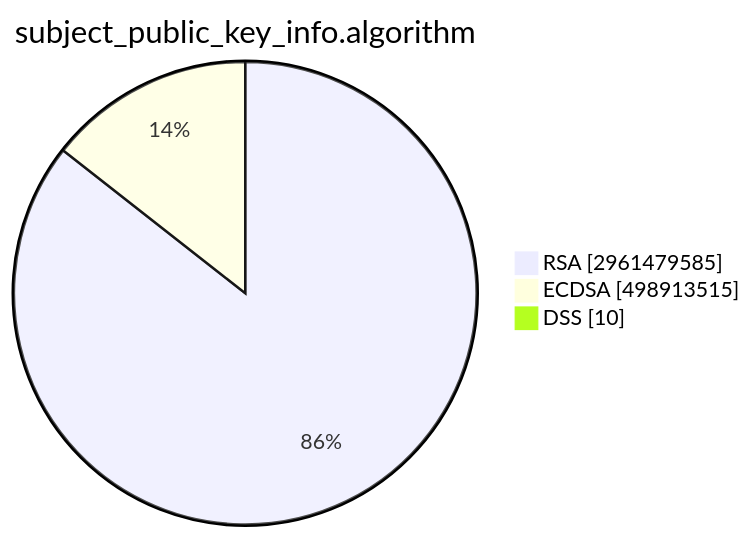
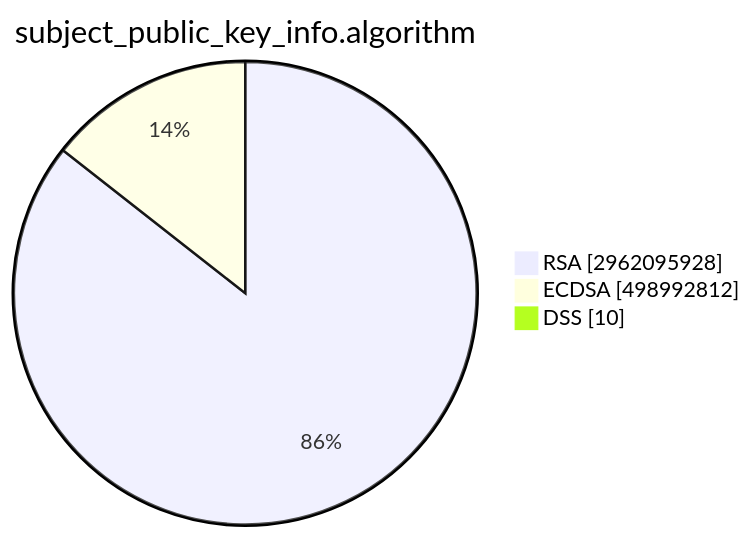
The second of 15 diagrams in TOTAL/README.md (christiankrug/ctmonitor_visualization), drawn with Mermaid before and after one commit. The commit also changed other lines of this file, not shown here.

````diff
--- a/TOTAL/README.md
+++ b/TOTAL/README.md
@@ -6,7 +6,7 @@
 ```mermaid
 pie showData
 title subject_public_key_info.algorithm
-"RSA" :2961479585
-"ECDSA" :498913515
+"RSA" :2962095928
+"ECDSA" :498992812
 "DSS" :10
 ```
````
